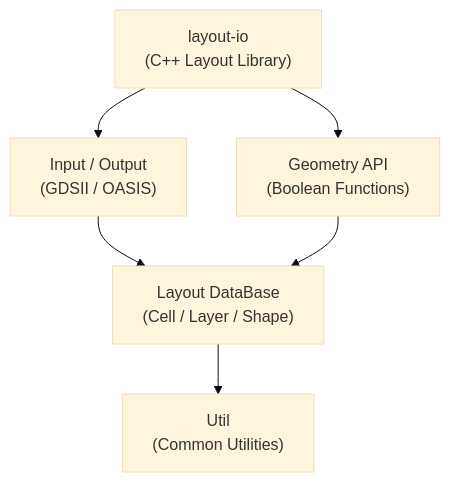
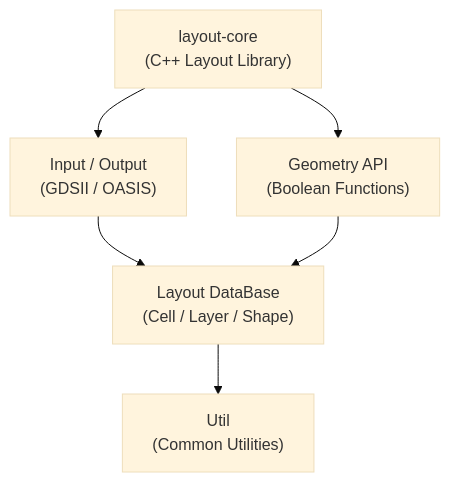
Before and after one commit to zhouzhoujack/layout-core: the diagram in README.md, drawn with Mermaid (base theme). The commit also changed other lines of this file and 17 other files, not shown here.

Commit message:
refactor: Rename layout-io to layout-core across documentation and codebase

````diff
--- a/README.md
+++ b/README.md
@@ -7,15 +7,15 @@
 ```mermaid
 graph TD
-    PROJECT["layout-io<br/>(C++ Layout Library)"]
+    PROJECT["layout-core<br/>(C++ Layout Library)"]
     IO["Input / Output<br/>(GDSII / OASIS)"]
     GEO["Geometry API<br/>(Boolean Functions)"]
     DATA["Layout DataBase<br/>(Cell / Layer / Shape)"]
     UTIL["Util<br/>(Common Utilities)"]
 
     PROJECT-->IO
     PROJECT-->GEO
     IO-->DATA
     GEO-->DATA
     DATA-->UTIL
 
 ```
````
